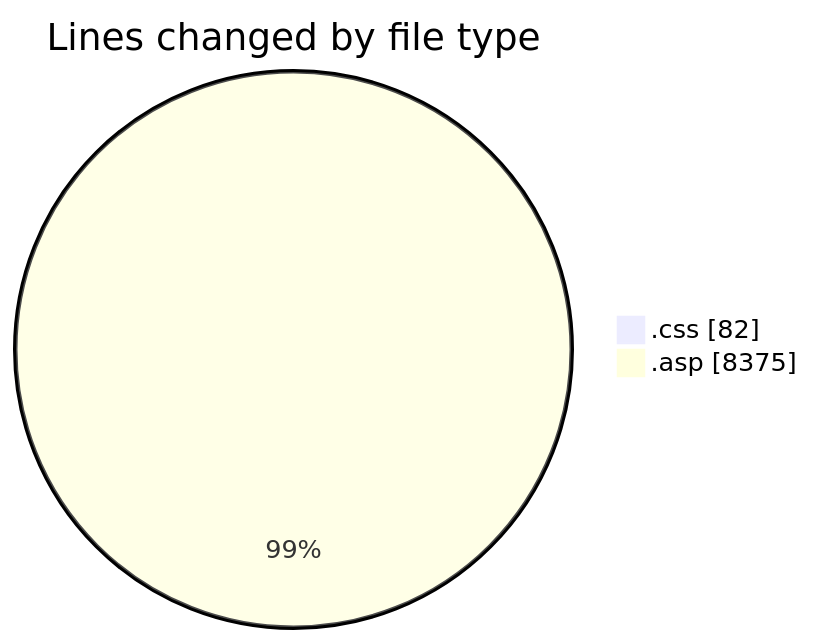
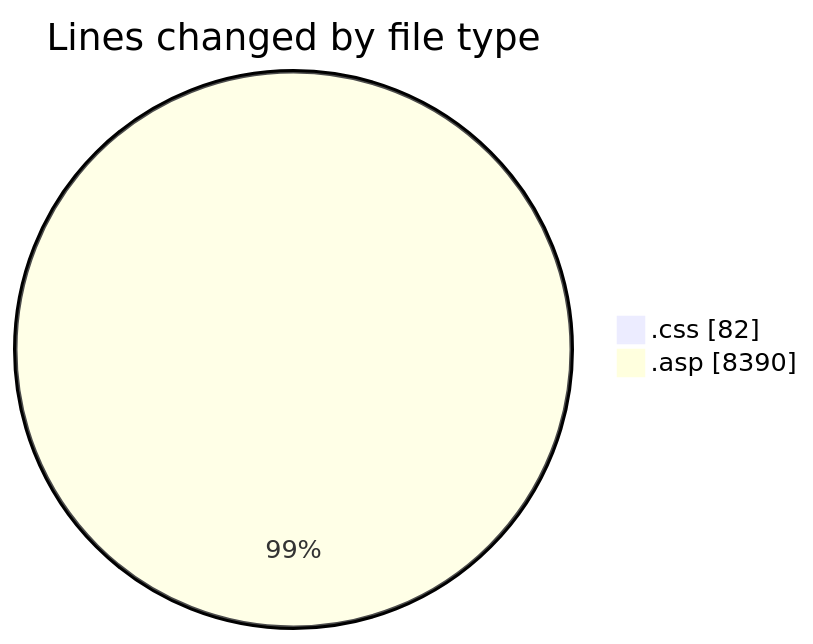
Before and after one commit to julien-gomy/code-tracking: the first of 2 diagrams in 2025-11-16/cdp_aleoudev_fr__workspace_/README.md, drawn with Mermaid. The commit also changed other lines of this file and 1 other file, not shown here.

````diff
--- a/2025-11-16/cdp_aleoudev_fr__workspace_/README.md
+++ b/2025-11-16/cdp_aleoudev_fr__workspace_/README.md
@@ -30,6 +30,6 @@
 ```mermaid
 pie showData
 title Lines changed by file type
 ".css" : 82
-".asp" : 8375
+".asp" : 8390
 ```
````
